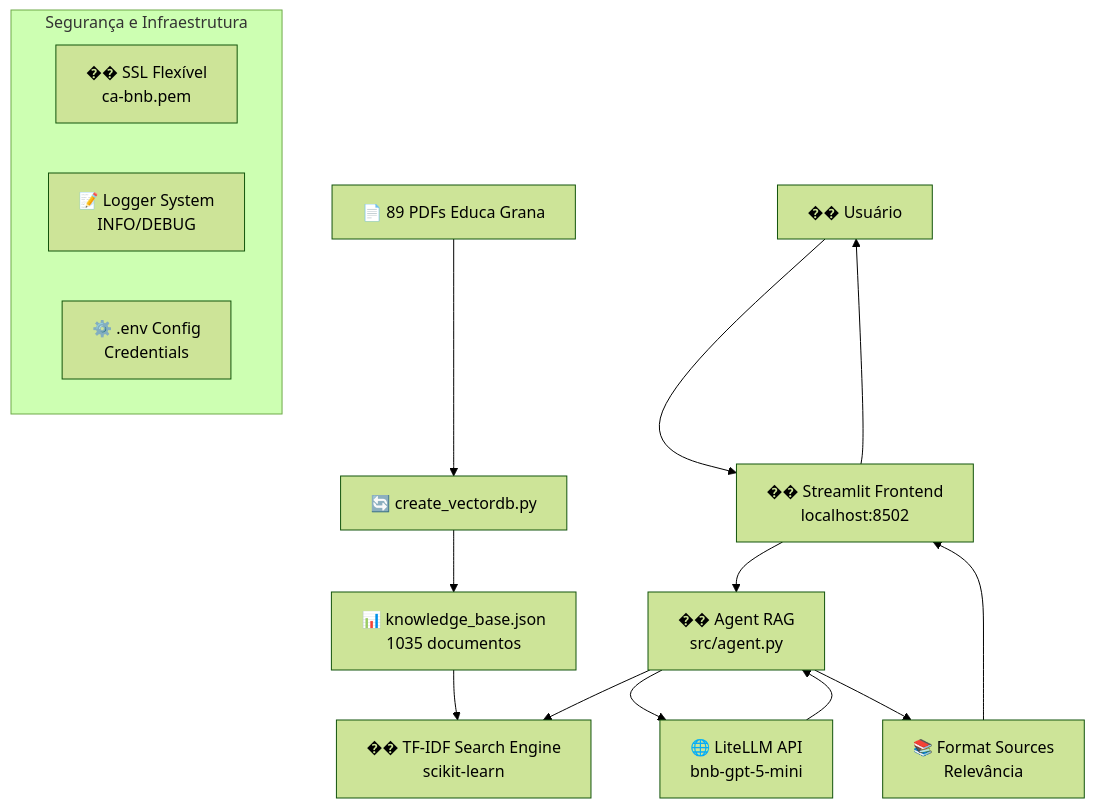
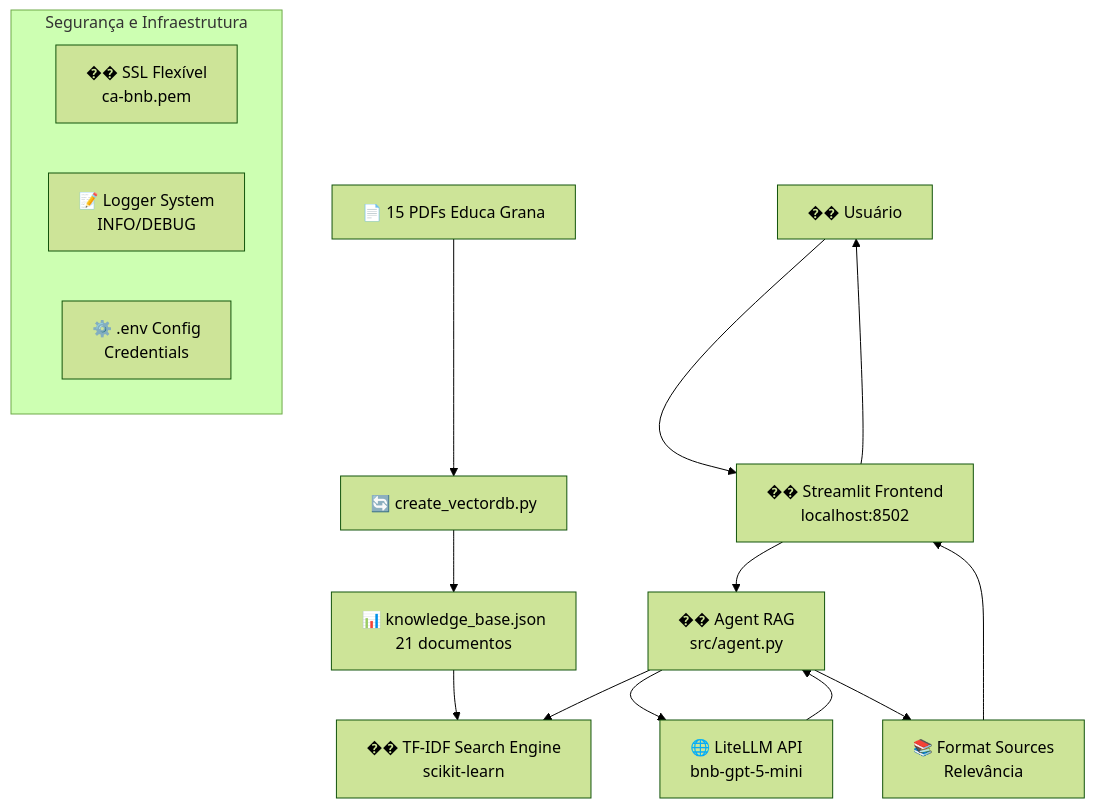
Before and after one commit to esantanap/Educa-Grana: the diagram in README.md, drawn with Mermaid (forest theme). The commit also changed other lines of this file, not shown here.

````diff
--- a/README.md
+++ b/README.md
@@ -48,21 +48,21 @@
 ```mermaid
 graph TB
-    A[📄 89 PDFs Educa Grana] --> B[🔄 create_vectordb.py]
-    B --> C[📊 knowledge_base.json<br/>1035 documentos]
+    A[📄 15 PDFs Educa Grana] --> B[🔄 create_vectordb.py]
+    B --> C[📊 knowledge_base.json<br/>21 documentos]
     C --> D[�� TF-IDF Search Engine<br/>scikit-learn]
     
     E[�� Usuário] --> F[�� Streamlit Frontend<br/>localhost:8502]
     F --> G[�� Agent RAG<br/>src/agent.py]
     G --> D
     G --> H[🌐 LiteLLM API<br/>bnb-gpt-5-mini]
     H --> G
     G --> I[📚 Format Sources<br/>Relevância]
     I --> F
     F --> E
     
     subgraph "Segurança e Infraestrutura"
         J[�� SSL Flexível<br/>ca-bnb.pem]
         K[📝 Logger System<br/>INFO/DEBUG]
         L[⚙️ .env Config<br/>Credentials]
     end
 ```
````
